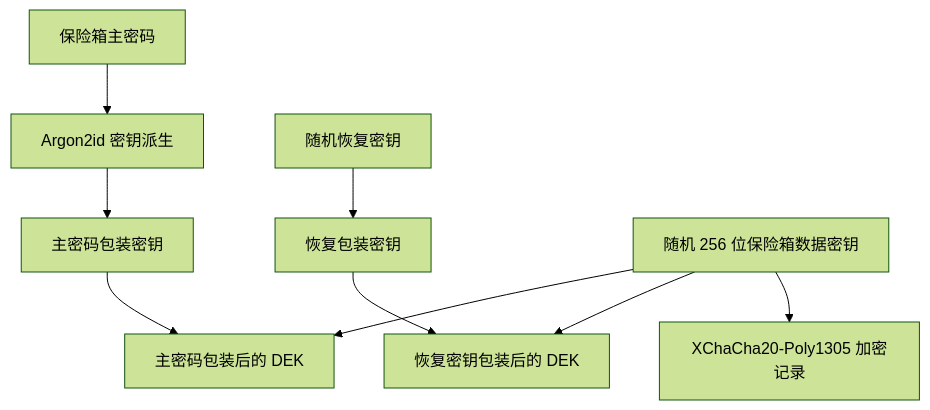
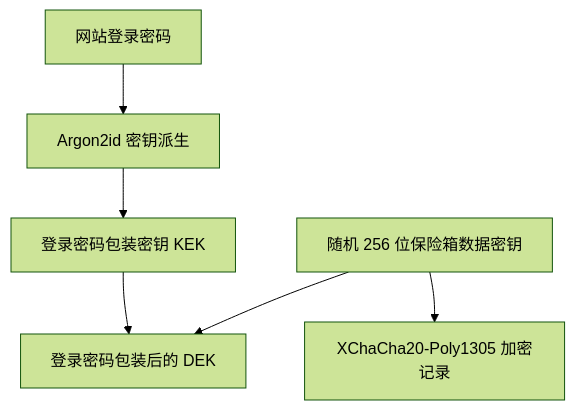
One commit to godlei8/online_safe changed the second of 2 diagrams in docs/在线账密保险箱-技术选型与架构设计-v1.0.md. Above: the diagram before and after it, drawn with Mermaid (forest theme). The commit also changed other lines of this file and 83 other files, not shown here.

````diff
--- a/docs/在线账密保险箱-技术选型与架构设计-v1.0.md
+++ b/docs/在线账密保险箱-技术选型与架构设计-v1.0.md
@@ -317,11 +318,8 @@
 ```mermaid
 flowchart TD
-    MP["保险箱主密码"] --> KDF["Argon2id 密钥派生"]
-    KDF --> KEK["主密码包装密钥"]
-    RK["随机恢复密钥"] --> RKEK["恢复包装密钥"]
-    DEK["随机 256 位保险箱数据密钥"] --> W1["主密码包装后的 DEK"]
-    DEK --> W2["恢复密钥包装后的 DEK"]
+    LP["网站登录密码"] --> KDF["Argon2id 密钥派生"]
+    KDF --> KEK["登录密码包装密钥 KEK"]
+    DEK["随机 256 位保险箱数据密钥"] --> W1["登录密码包装后的 DEK"]
     KEK --> W1
-    RKEK --> W2
     DEK --> ENC["XChaCha20-Poly1305 加密记录"]
 ```
````
